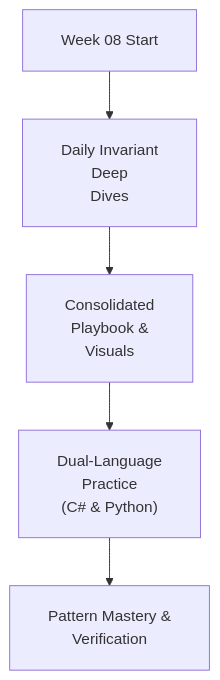
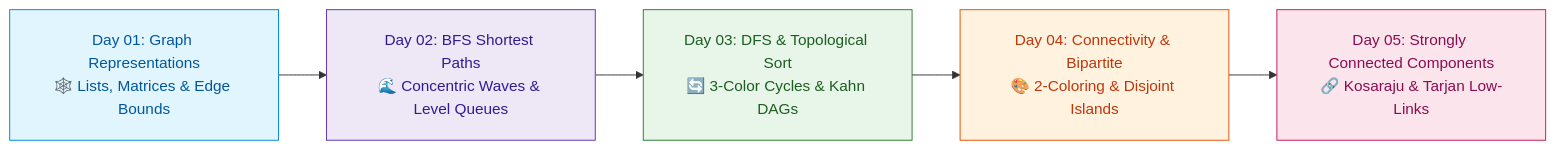
Before and after one commit to dip4k/DSA_102: the diagram in week_08_graph_fundamentals/README.md, drawn with Mermaid. The commit also changed other lines of this file and 147 other files, not shown here.

First line of the commit message:
feat(curriculum): enrich Weeks 01-19 instructional modules & resolve repository-wide Mermaid cutoff

````diff
--- a/week_08_graph_fundamentals/README.md
+++ b/week_08_graph_fundamentals/README.md
@@ -16,8 +13,14 @@
 ```mermaid
 %%{init: {"flowchart": {"htmlLabels": true, "padding": 20}, "themeCSS": "foreignObject { overflow: visible !important; }"}}%%
-flowchart TD
-    Start["Week 08 Start"] --> Daily["Daily Invariant<br/>Deep<br/>Dives"]
-    Daily --> Playbook["Consolidated<br/>Playbook &<br/>Visuals"]
-    Playbook --> DualLang["Dual-Language<br/>Practice<br/>(C# & Python)"]
-    DualLang --> Mastery["Pattern Mastery &<br/>Verification"]
+flowchart LR
+    D1["Day 01: Graph Representations<br/>🕸️ Lists, Matrices & Edge Bounds"] --> D2["Day 02: BFS Shortest Paths<br/>🌊 Concentric Waves & Level Queues"]
+    D2 --> D3["Day 03: DFS & Topological Sort<br/>🔄 3-Color Cycles & Kahn DAGs"]
+    D3 --> D4["Day 04: Connectivity & Bipartite<br/>🎨 2-Coloring & Disjoint Islands"]
+    D4 --> D5["Day 05: Strongly Connected Components<br/>🔗 Kosaraju & Tarjan Low-Links"]
+
+    style D1 fill:#e1f5fe,stroke:#0288d1,color:#01579b
+    style D2 fill:#ede7f6,stroke:#5e35b1,color:#311b92
+    style D3 fill:#e8f5e9,stroke:#2e7d32,color:#1b5e20
+    style D4 fill:#fff3e0,stroke:#e65100,color:#bf360c
+    style D5 fill:#fce4ec,stroke:#c2185b,color:#880e4f
 ```
````
